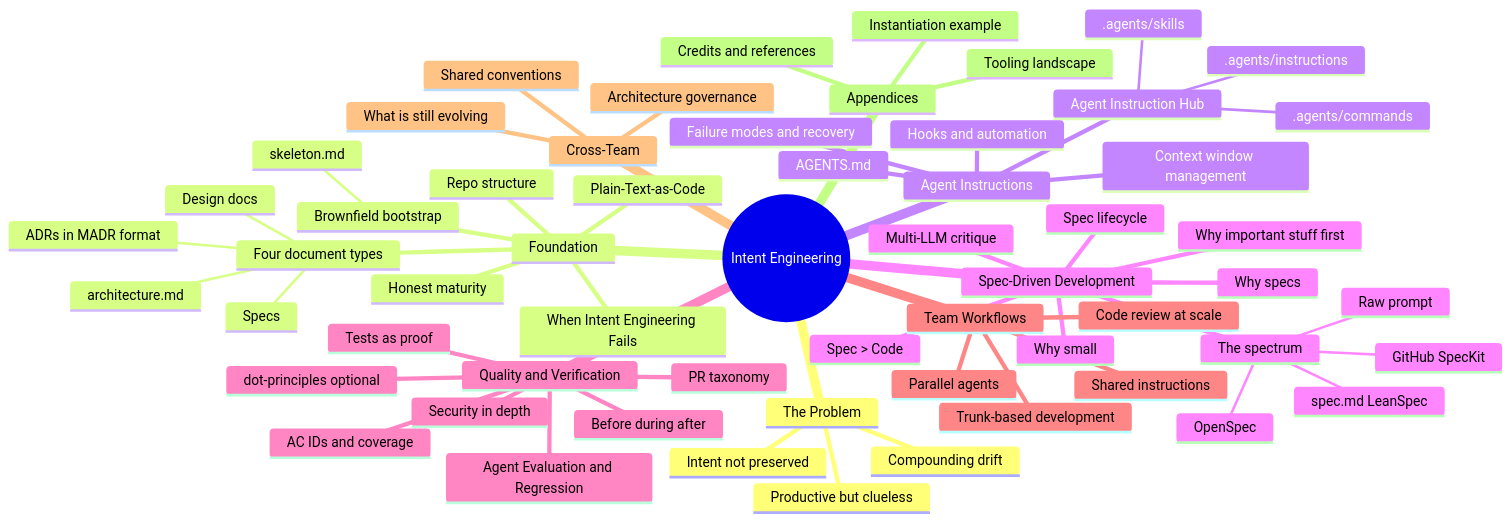
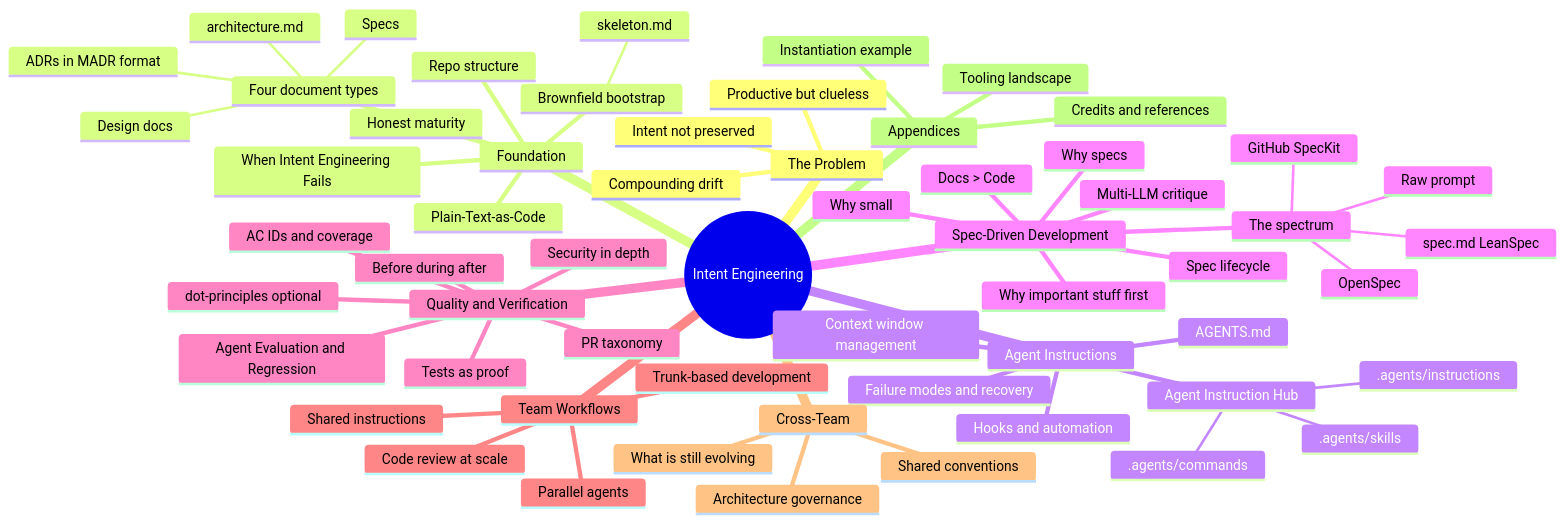
Before and after one commit to intent-engineering-for-coding-agents/book: the diagram in idea.md, drawn with Mermaid. The commit also changed 19 other files, not shown here.

First line of the commit message:
Reframe load-bearing thesis from "Spec > Code" to "Docs > Code"

````diff
--- a/idea.md
+++ b/idea.md
@@ -109,62 +109,62 @@
 ```mermaid
 mindmap
   root((Intent Engineering))
     The Problem
       Productive but clueless
       Compounding drift
       Intent not preserved
     Foundation
       Repo structure
       Four document types
         architecture.md
         ADRs in MADR format
         Design docs
         Specs
       Plain-Text-as-Code
       Honest maturity
       Brownfield bootstrap
         skeleton.md
       When Intent Engineering Fails
     Agent Instructions
       AGENTS.md
       Agent Instruction Hub
         .agents/instructions
         .agents/skills
         .agents/commands
       Hooks and automation
       Context window management
       Failure modes and recovery
     Spec-Driven Development
       Why specs
       Why small
       Why important stuff first
       The spectrum
         Raw prompt
         spec.md LeanSpec
         OpenSpec
         GitHub SpecKit
       Spec lifecycle
-      Spec > Code
+      Docs > Code
       Multi-LLM critique
     Quality and Verification
       Tests as proof
       Agent Evaluation and Regression
       AC IDs and coverage
       Before during after
       Security in depth
       PR taxonomy
       dot-principles optional
     Team Workflows
       Trunk-based development
       Parallel agents
       Shared instructions
       Code review at scale
     Cross-Team
       Architecture governance
       Shared conventions
       What is still evolving
     Appendices
       Tooling landscape
       Instantiation example
       Credits and references
 ```
````
